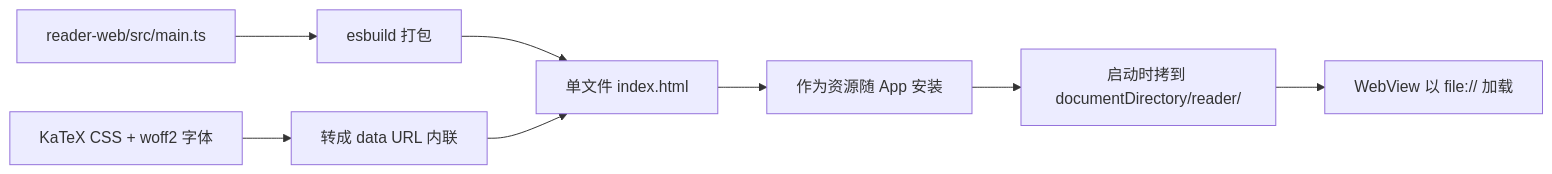
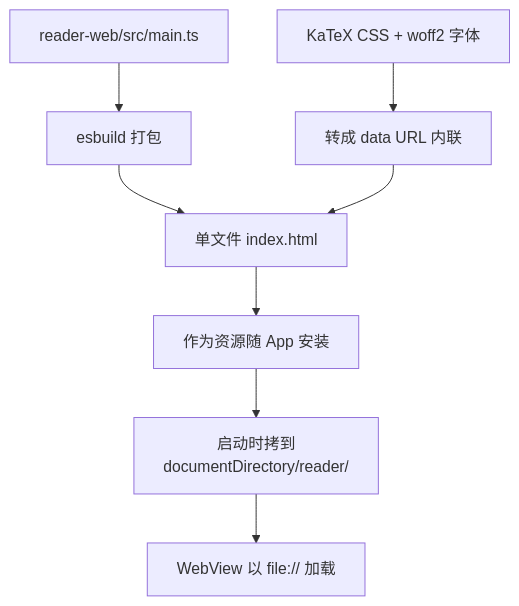
The first of 2 diagrams in books/rn-expo/07-webview-bridge.md (jarvis-pro/hatch-shelf), drawn with Mermaid before and after one commit. The commit also changed other lines of this file and 432 other files, not shown here.

````diff
--- a/books/rn-expo/07-webview-bridge.md
+++ b/books/rn-expo/07-webview-bridge.md
@@ -28,10 +28,10 @@
 ```mermaid
-flowchart LR
+flowchart TD
   A["reader-web/src/main.ts"] --> B["esbuild 打包"]
   K["KaTeX CSS + woff2 字体"] --> C["转成 data URL 内联"]
   B --> D["单文件 index.html"]
   C --> D
   D --> E["作为资源随 App 安装"]
-  E --> F["启动时拷到 documentDirectory/reader/"]
+  E --> F["启动时拷到<br/>documentDirectory/reader/"]
   F --> G["WebView 以 file:// 加载"]
 ```
````
